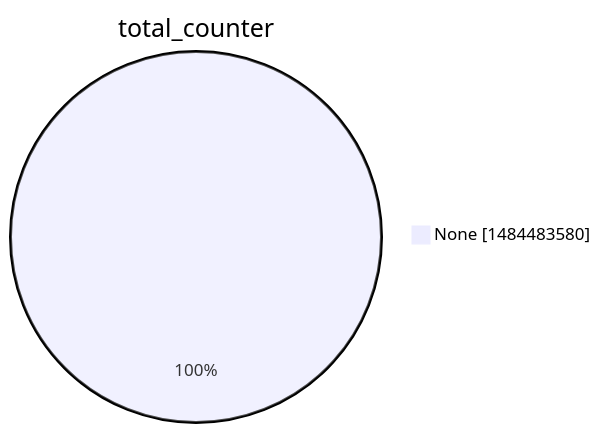
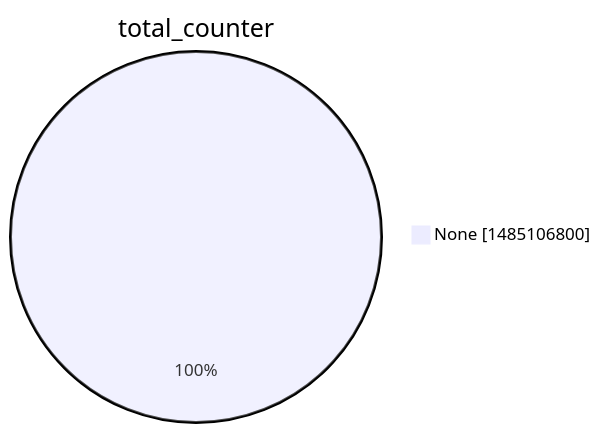
The second of 15 diagrams in argon2022/README.md (christiankrug/ctmonitor_visualization), drawn with Mermaid before and after one commit. The commit also changed other lines of this file, not shown here.

````diff
--- a/argon2022/README.md
+++ b/argon2022/README.md
@@ -9,5 +9,5 @@
 ```mermaid
 pie showData
 title total_counter
-"None" :1484483580
+"None" :1485106800
 ```
````
